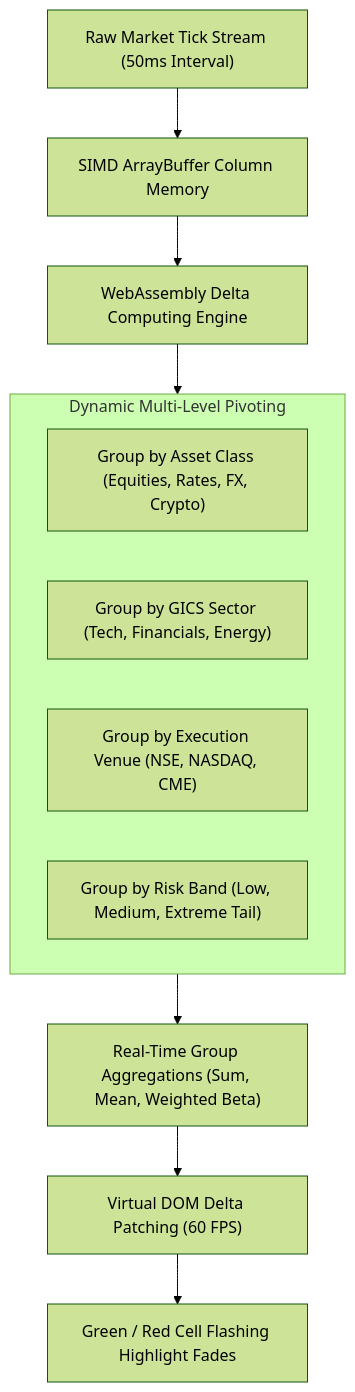
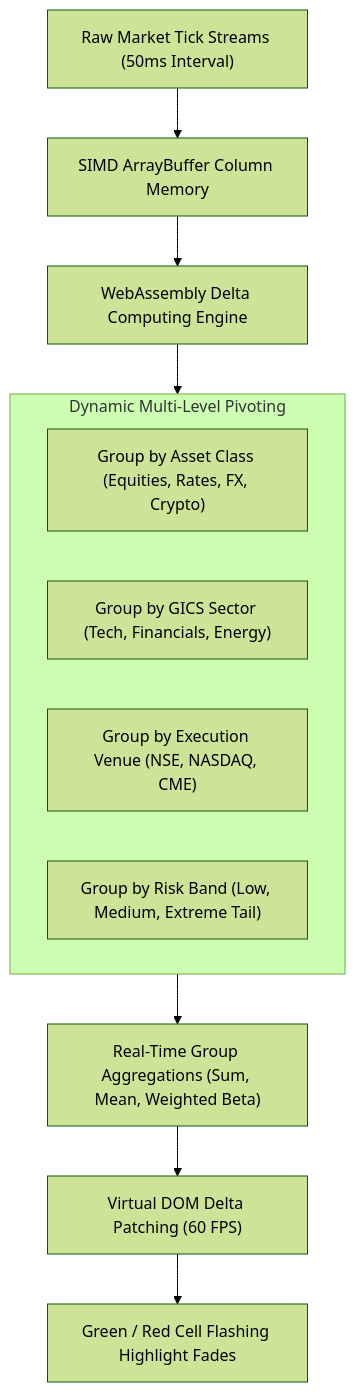
One commit to Premchandyadav369/RISKOS changed diagram 12 of 15 in README.md. Above: the diagram before and after it, drawn with Mermaid (forest theme). The commit also changed other lines of this file, not shown here.

Commit message:
docs(readme): expand comprehensive documentation with intuitive layman analogies, closed-form quantitative proofs, and detailed workflow diagrams across all 7 desks and 35 labs

````diff
--- a/README.md
+++ b/README.md
@@ -289,17 +546,17 @@
 ```mermaid
 flowchart TD
-    TICK["Raw Market Tick Stream (50ms Interval)"] --> BUFFER["SIMD ArrayBuffer Column Memory"]
+    TICK["Raw Market Tick Streams (50ms Interval)"] --> BUFFER["SIMD ArrayBuffer Column Memory"]
     BUFFER --> WASM["WebAssembly Delta Computing Engine"]
     
     subgraph PIVOTS["Dynamic Multi-Level Pivoting"]
         P1["Group by Asset Class (Equities, Rates, FX, Crypto)"]
         P2["Group by GICS Sector (Tech, Financials, Energy)"]
         P3["Group by Execution Venue (NSE, NASDAQ, CME)"]
         P4["Group by Risk Band (Low, Medium, Extreme Tail)"]
     end
     
     WASM --> PIVOTS
     PIVOTS --> AGG["Real-Time Group Aggregations (Sum, Mean, Weighted Beta)"]
     AGG --> VDOM["Virtual DOM Delta Patching (60 FPS)"]
     VDOM --> FLASH["Green / Red Cell Flashing Highlight Fades"]
 ```
````
